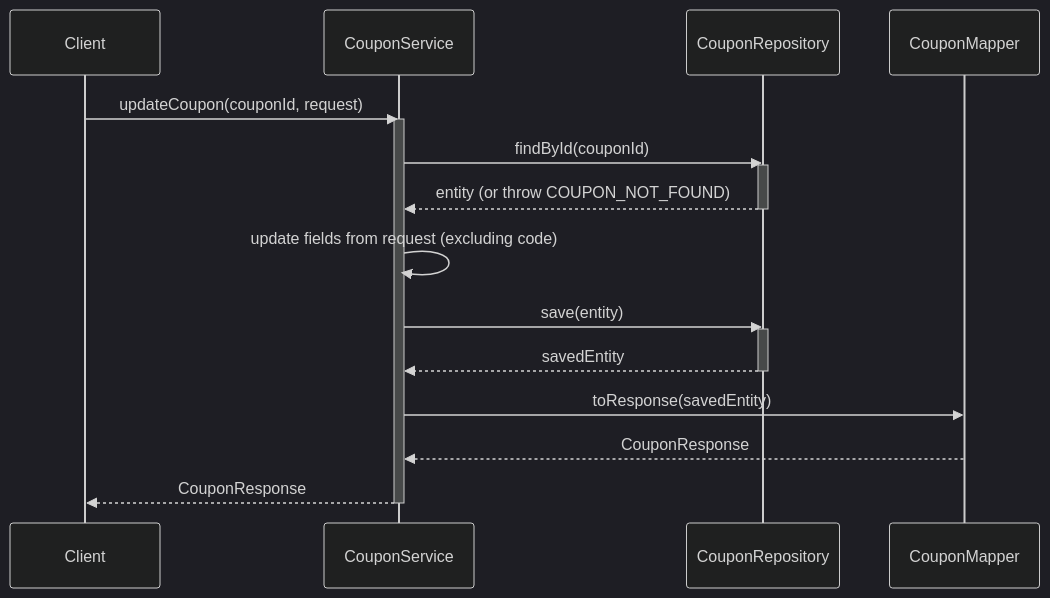
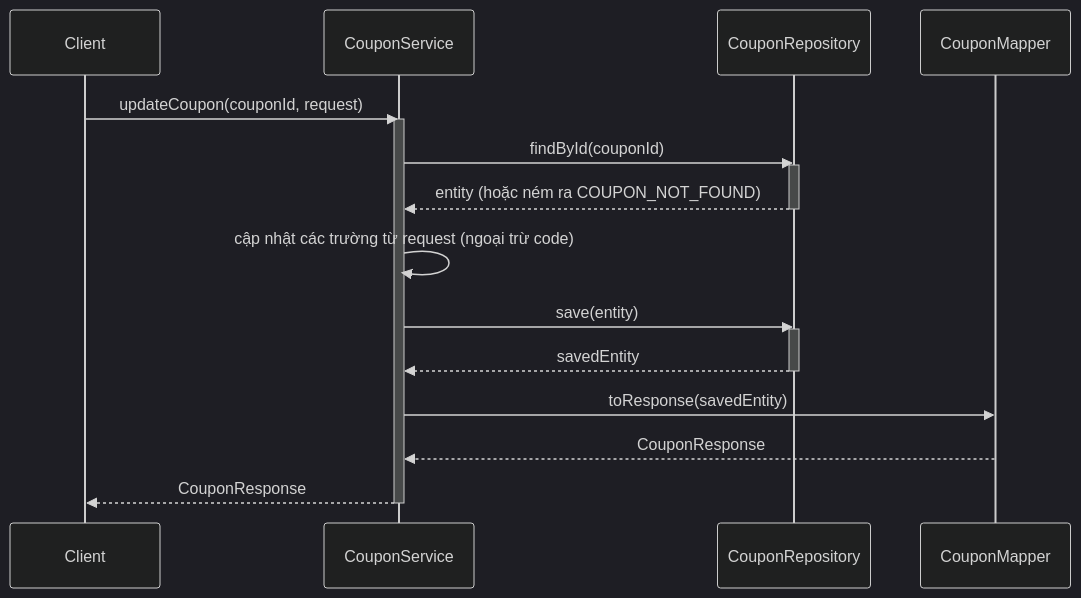
The second of 4 diagrams in .agent/sequence/coupon_service_sequence_diagrams.md (aquoc09/easymall), drawn with Mermaid (dark theme) before and after one commit. The commit also changed other lines of this file and 18 other files, not shown here.

Commit message:
UPDATE: Sequence diagram vietnamese

````diff
--- a/.agent/sequence/coupon_service_sequence_diagrams.md
+++ b/.agent/sequence/coupon_service_sequence_diagrams.md
@@ -52,28 +52,28 @@
 ```mermaid
 sequenceDiagram
     participant Client
     participant CouponService
     participant CouponRepository
     participant CouponMapper
 
     Client->>CouponService: updateCoupon(couponId, request)
     activate CouponService
 
     CouponService->>CouponRepository: findById(couponId)
     activate CouponRepository
-    CouponRepository-->>CouponService: entity (or throw COUPON_NOT_FOUND)
+    CouponRepository-->>CouponService: entity (hoặc ném ra COUPON_NOT_FOUND)
     deactivate CouponRepository
 
-    CouponService->>CouponService: update fields from request (excluding code)
+    CouponService->>CouponService: cập nhật các trường từ request (ngoại trừ code)
 
     CouponService->>CouponRepository: save(entity)
     activate CouponRepository
     CouponRepository-->>CouponService: savedEntity
     deactivate CouponRepository
 
     CouponService->>CouponMapper: toResponse(savedEntity)
     CouponMapper-->>CouponService: CouponResponse
 
     CouponService-->>Client: CouponResponse
     deactivate CouponService
 ```
````
